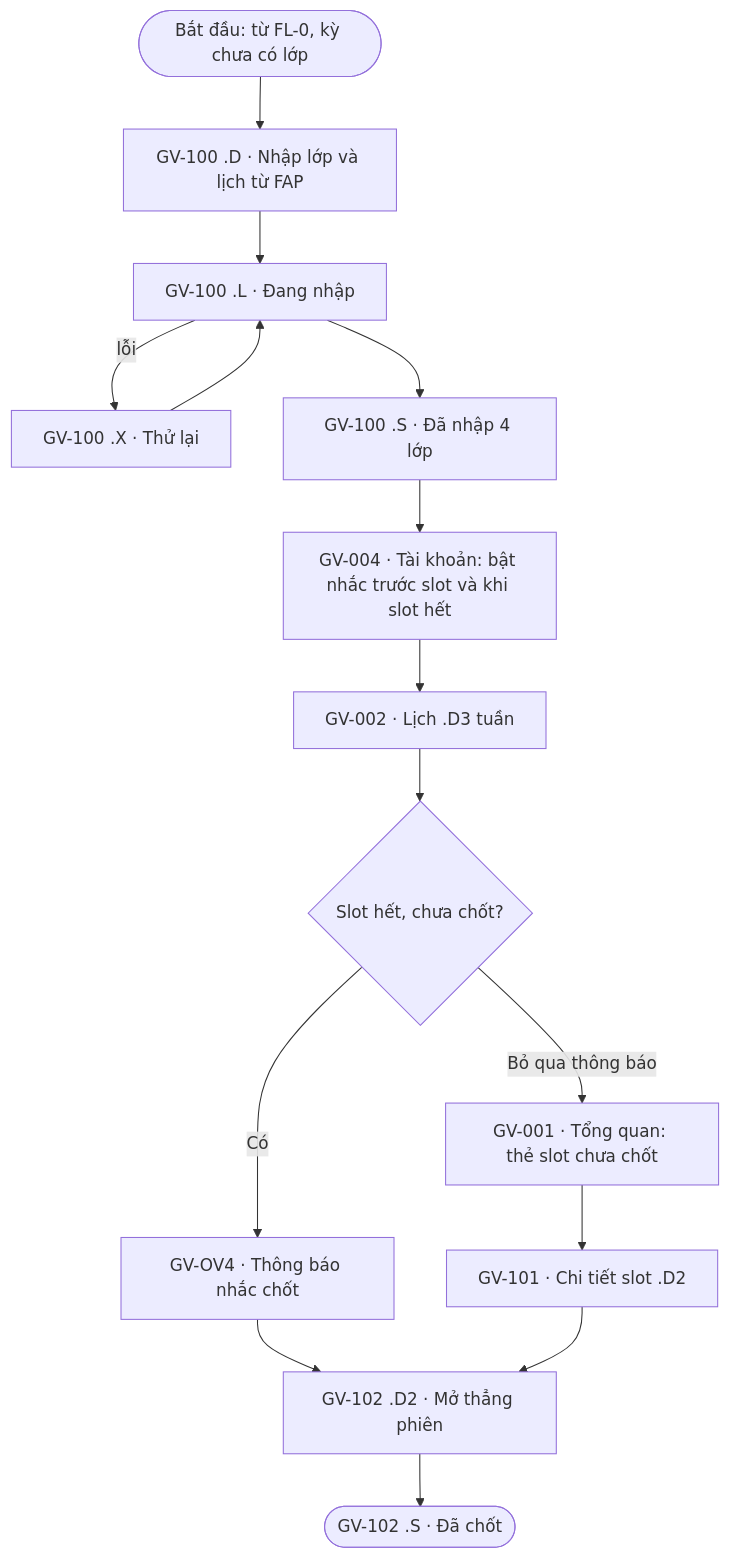
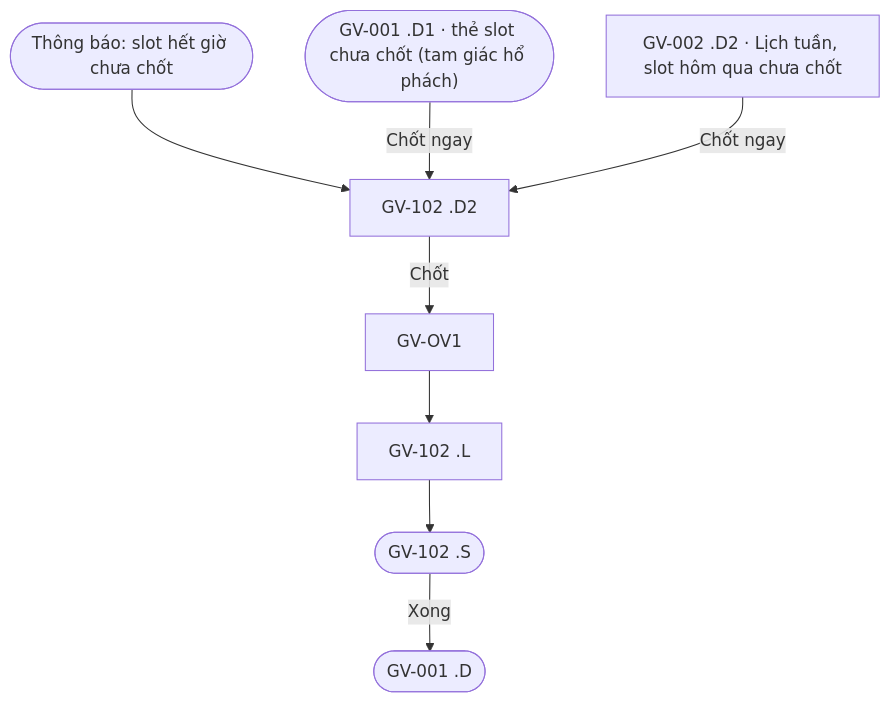
One commit to thiengthb/prm323-lab2-SE190533 changed the fourth of 7 diagrams in ux/user-flow.md. Above: the diagram before and after it, drawn with Mermaid. The commit also changed other lines of this file and 4 other files, not shown here.

Commit message:
Tài liệu Lab 2 khớp Final UI: user-flow v1.0, screen-spec v2.0, handoff v2.0, DESIGN v3.1

````diff
--- a/ux/user-flow.md
+++ b/ux/user-flow.md
@@ -145,16 +160,7 @@
 ```mermaid
 flowchart TD
-    A(["Bắt đầu: từ FL-0, kỳ chưa có lớp"]) --> A1["GV-100 .D · Nhập lớp và lịch từ FAP"]
-    A1 --> A2["GV-100 .L · Đang nhập"]
-    A2 -->|"lỗi"| A3["GV-100 .X · Thử lại"] --> A2
-    A2 --> A4["GV-100 .S · Đã nhập 4 lớp"]
-    A4 --> B["GV-004 · Tài khoản: bật nhắc trước slot và khi slot hết"]
-    B --> C["GV-002 · Lịch .D3 tuần"]
-    C --> D{"Slot hết, chưa chốt?"}
-    D -->|"Có"| E["GV-OV4 · Thông báo nhắc chốt"]
-    E --> F["GV-102 .D2 · Mở thẳng phiên"]
-    F --> G(["GV-102 .S · Đã chốt"])
-    D -->|"Bỏ qua thông báo"| H["GV-001 · Tổng quan: thẻ slot chưa chốt"]
-    H --> I["GV-101 · Chi tiết slot .D2"]
-    I --> F
+    N(["Thông báo: slot hết giờ chưa chốt"]) --> D2
+    A(["GV-001 .D1 · thẻ slot chưa chốt (tam giác hổ phách)"]) -->|"Chốt ngay"| D2["GV-102 .D2"]
+    W["GV-002 .D2 · Lịch tuần, slot hôm qua chưa chốt"] -->|"Chốt ngay"| D2
+    D2 -->|"Chốt"| OV1["GV-OV1"] --> L2["GV-102 .L"] --> S2(["GV-102 .S"]) -->|"Xong"| A2(["GV-001 .D"])
 ```
````
